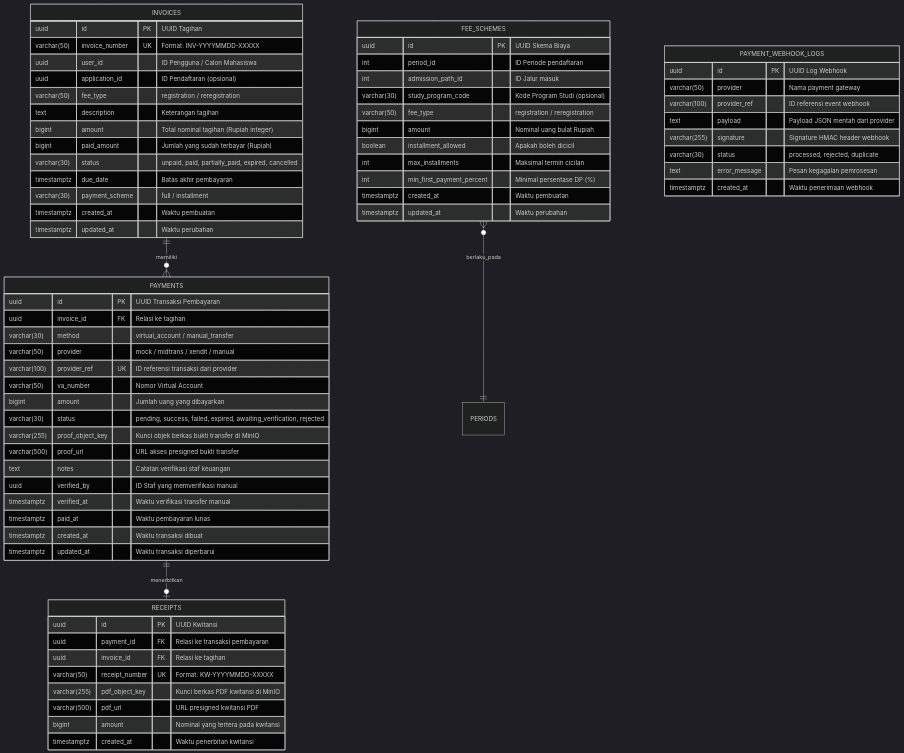
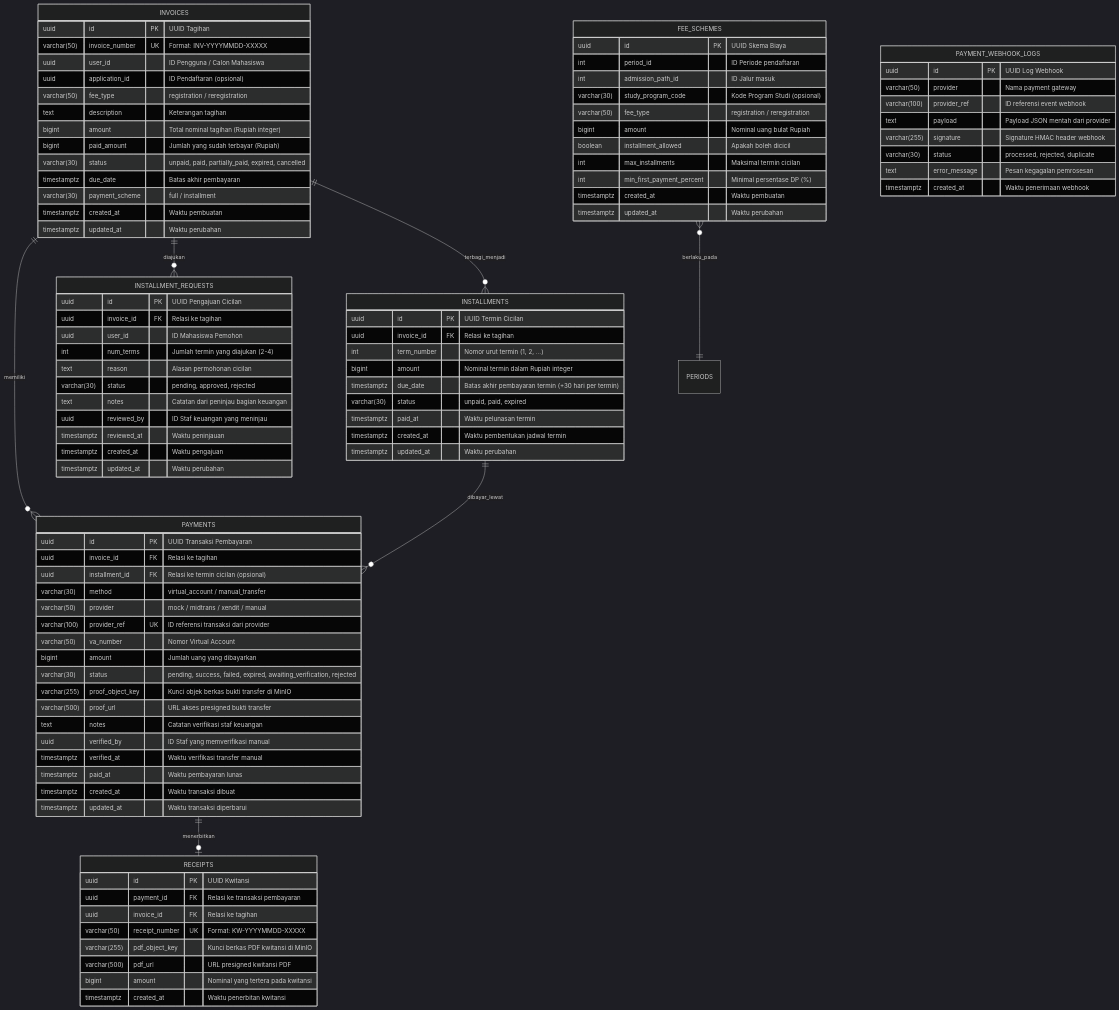
The diagram in docs/erd-finance-service.md (kemal-ramadhan/api-pendaftaran-kampus), drawn with Mermaid (dark theme) before and after one commit. The commit also changed other lines of this file and 26 other files, not shown here.

Commit message:
feat(finance): implement F2-M10 installment flow, financial reports, and xlsx export

````diff
--- a/docs/erd-finance-service.md
+++ b/docs/erd-finance-service.md
@@ -5,6 +5,9 @@
 ```mermaid
 erDiagram
     INVOICES ||--o{ PAYMENTS : "memiliki"
+    INVOICES ||--o{ INSTALLMENT_REQUESTS : "diajukan"
+    INVOICES ||--o{ INSTALLMENTS : "terbagi_menjadi"
+    INSTALLMENTS ||--o{ PAYMENTS : "dibayar_lewat"
     PAYMENTS ||--o| RECEIPTS : "menerbitkan"
     FEE_SCHEMES }o--|| PERIODS : "berlaku_pada"
 
@@ -38,9 +41,36 @@
         timestamptz updated_at "Waktu perubahan"
     }
 
+    INSTALLMENT_REQUESTS {
+        uuid id PK "UUID Pengajuan Cicilan"
+        uuid invoice_id FK "Relasi ke tagihan"
+        uuid user_id "ID Mahasiswa Pemohon"
+        int num_terms "Jumlah termin yang diajukan (2-4)"
+        text reason "Alasan permohonan cicilan"
+        varchar(30) status "pending, approved, rejected"
+        text notes "Catatan dari peninjau bagian keuangan"
+        uuid reviewed_by "ID Staf keuangan yang meninjau"
+        timestamptz reviewed_at "Waktu peninjauan"
+        timestamptz created_at "Waktu pengajuan"
+        timestamptz updated_at "Waktu perubahan"
+    }
+
+    INSTALLMENTS {
+        uuid id PK "UUID Termin Cicilan"
+        uuid invoice_id FK "Relasi ke tagihan"
+        int term_number "Nomor urut termin (1, 2, ...)"
+        bigint amount "Nominal termin dalam Rupiah integer"
+        timestamptz due_date "Batas akhir pembayaran termin (+30 hari per termin)"
+        varchar(30) status "unpaid, paid, expired"
+        timestamptz paid_at "Waktu pelunasan termin"
+        timestamptz created_at "Waktu pembentukan jadwal termin"
+        timestamptz updated_at "Waktu perubahan"
+    }
+
     PAYMENTS {
         uuid id PK "UUID Transaksi Pembayaran"
         uuid invoice_id FK "Relasi ke tagihan"
+        uuid installment_id FK "Relasi ke termin cicilan (opsional)"
         varchar(30) method "virtual_account / manual_transfer"
         varchar(50) provider "mock / midtrans / xendit / manual"
         varchar(100) provider_ref UK "ID referensi transaksi dari provider"
````
